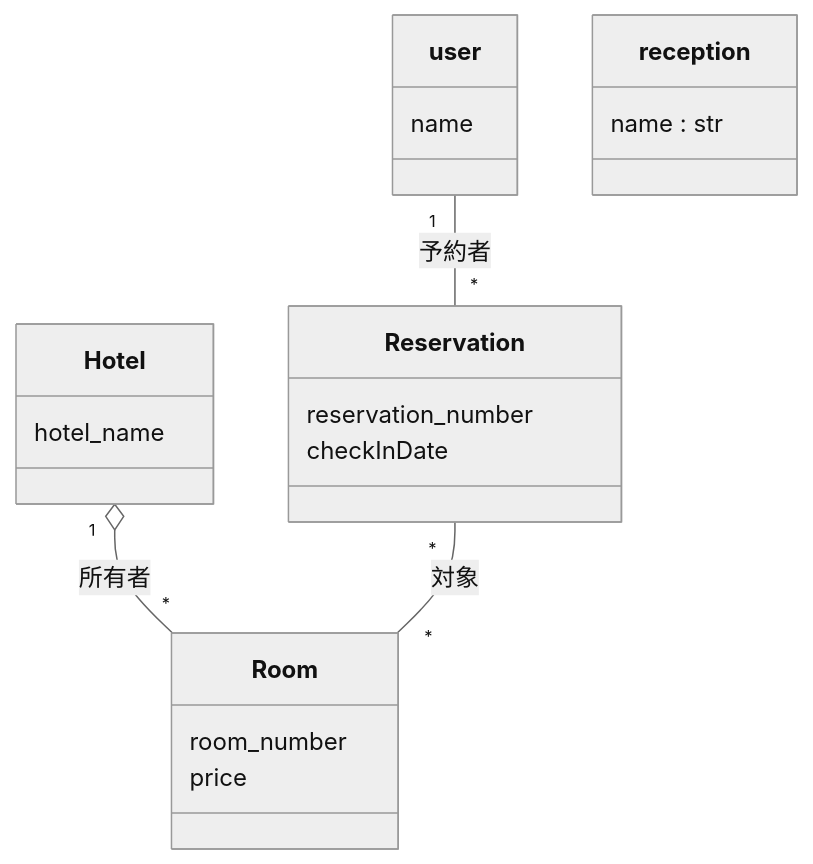
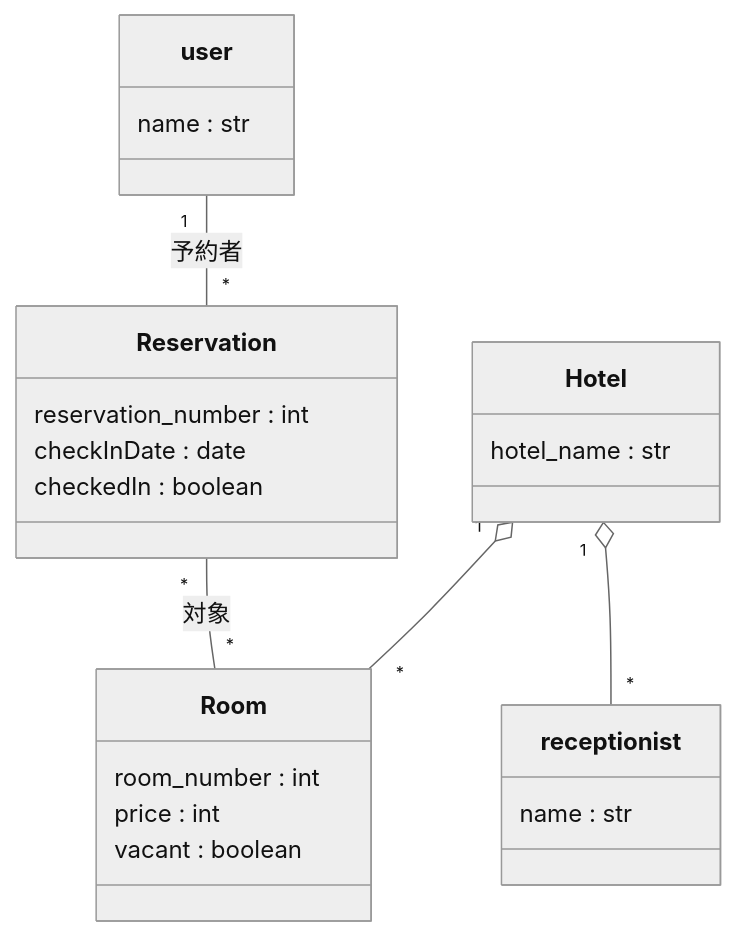
The first of 2 diagrams in Domain_Analysis.md (Kohki-tyl/HRS), drawn with Mermaid (neutral theme) before and after one commit. The commit also changed other lines of this file, not shown here.

Commit message:
-各クラスに型を追加 -ReservationクラスのcheckedIn変数を追加 -roomクラスにvacantを追加 -ホテルに受付係が集約される

````diff
--- a/Domain_Analysis.md
+++ b/Domain_Analysis.md
@@ -20,24 +20,27 @@
 ```mermaid
 classDiagram
     class user {
-        name
+        name : str
     }
     class Reservation {
-        reservation_number
-        checkInDate
+        reservation_number : int
+        checkInDate : date
+        checkedIn : boolean
     }
     class Hotel {
-        hotel_name
+        hotel_name : str
     }
     class Room {
-        room_number
-        price
+        room_number : int
+        price : int
+        vacant : boolean 
     }
-    class reception{
+    class receptionist{
         name : str
     }
 
-    Hotel "1" o-- "*" Room : 所有者
+    Hotel "1" o-- "*" Room : 
+    Hotel "1" o-- "*" receptionist : 
     user "1" -- "*" Reservation : 予約者
     Reservation "*" -- "*" Room : 対象
 ```
````
